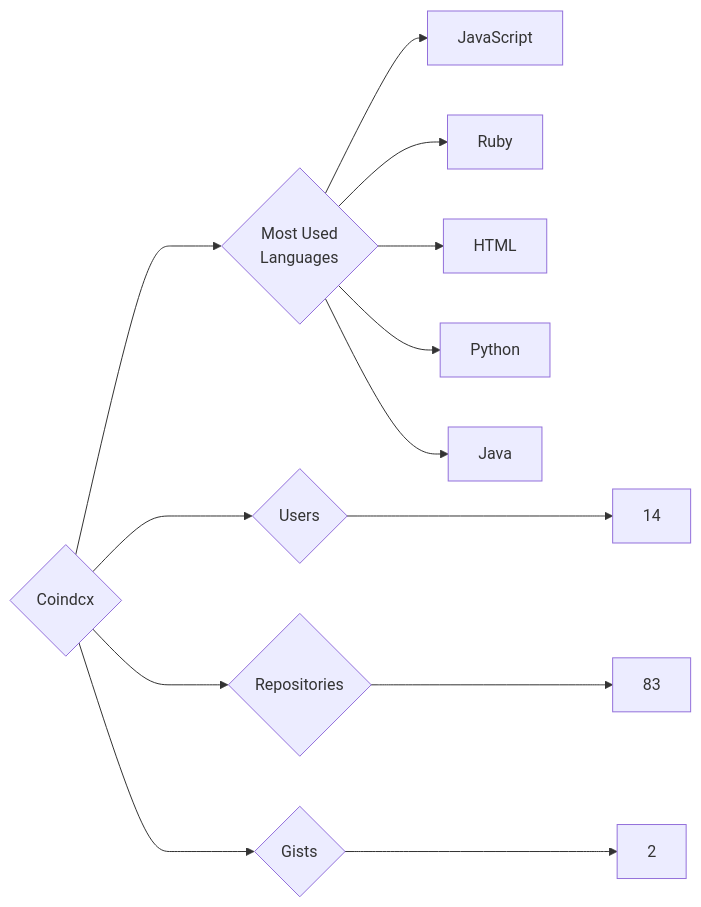
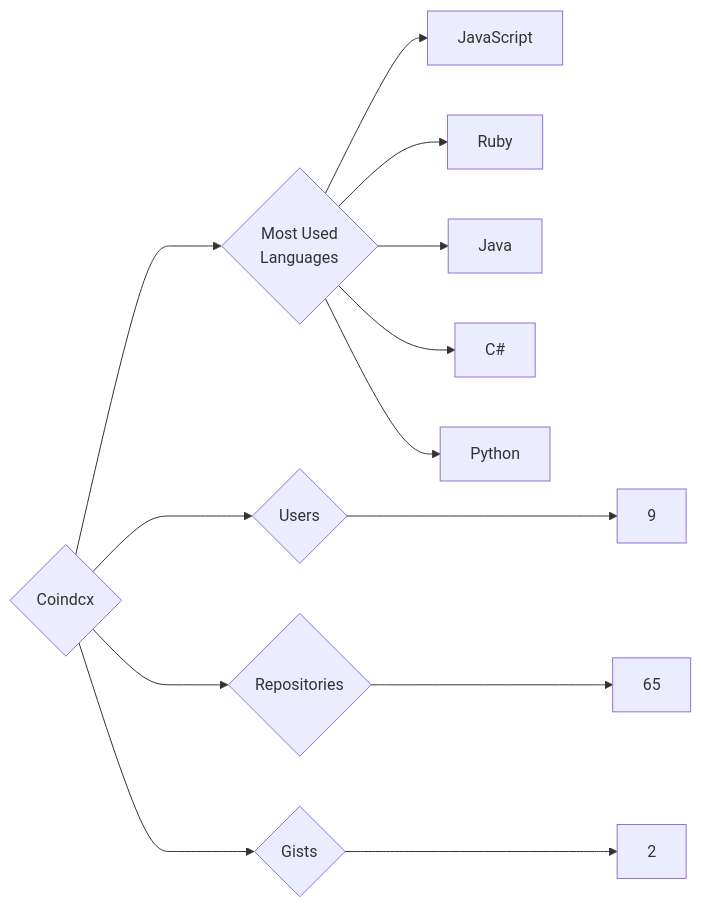
Before and after one commit to trickest/insiders: the diagram in targets/Coindcx/README.md, drawn with Mermaid. The commit also changed 998 other files, not shown here.

````diff
--- a/targets/Coindcx/README.md
+++ b/targets/Coindcx/README.md
@@ -3,13 +3,13 @@
 ```mermaid
 graph LR
 COMPANY_NAME{Coindcx}
-COMPANY_NAME ---> U{Users} ---> UN[14]
-COMPANY_NAME ---> R{Repositories} ---> RN[83]
+COMPANY_NAME ---> U{Users} ---> UN[9]
+COMPANY_NAME ---> R{Repositories} ---> RN[65]
 COMPANY_NAME ---> G{Gists} ---> GN[2]
 COMPANY_NAME ---> ML{Most Used<br>Languages}
 ML --> JavaScript[JavaScript]
 ML --> Ruby[Ruby]
-ML --> HTML[HTML]
+ML --> Java[Java]
+ML --> C#[C#]
 ML --> Python[Python]
-ML --> Java[Java]
 ```
````
